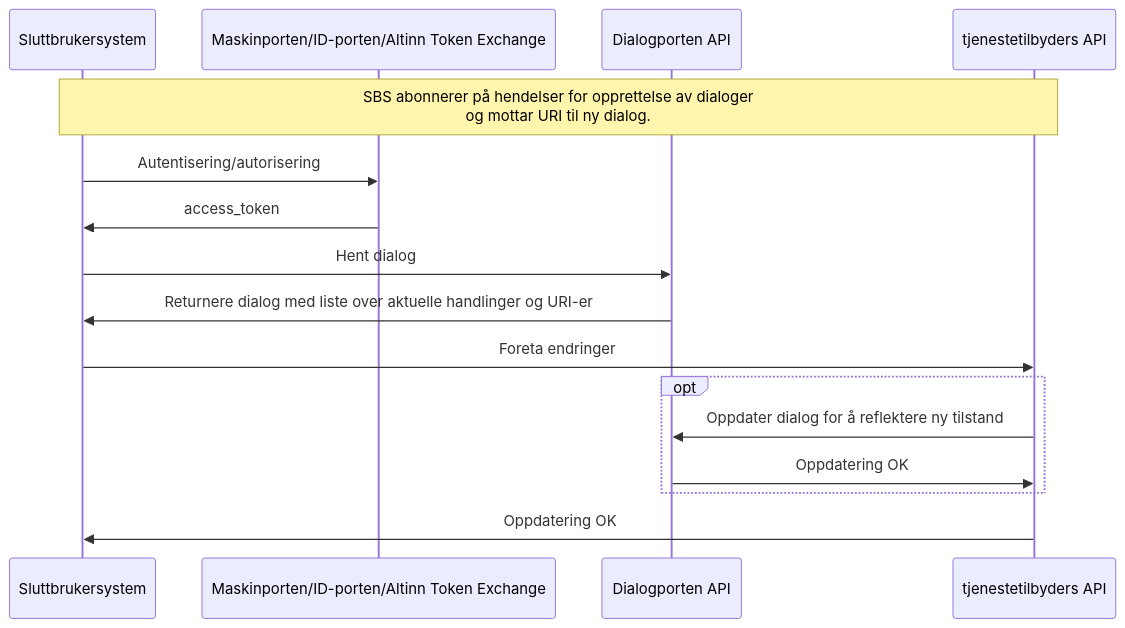
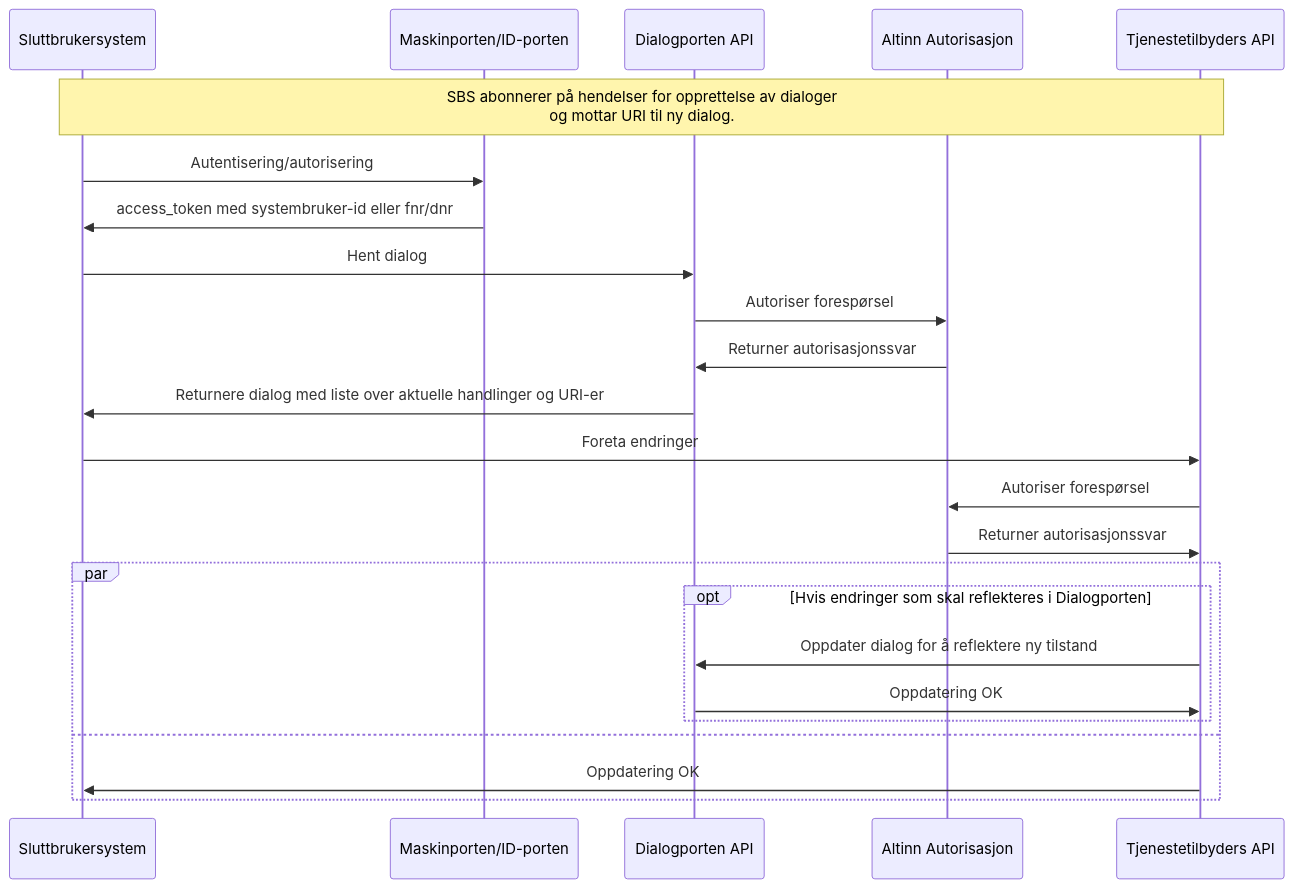
Before and after one commit to elsand/elsand.github.io: the fifth of 8 diagrams in dialogporten.md, drawn with Mermaid. The commit also changed other lines of this file and 11 other files, not shown here.

Commit message:
Remove dialog token, work variant C and D into authorization section

````diff
--- a/dialogporten.md
+++ b/dialogporten.md
@@ -373,18 +407,26 @@
 ```mermaid!
 sequenceDiagram
     participant SBS as Sluttbrukersystem
-    participant EID as Maskinporten/ID-porten/Altinn Token Exchange
+    participant EID as Maskinporten/ID-porten
     participant API as Dialogporten API
-    participant TEAPI as tjenestetilbyders API
+    participant AA as Altinn Autorisasjon
+    participant TEAPI as Tjenestetilbyders API
 note over SBS,TEAPI: SBS abonnerer på hendelser for opprettelse av dialoger<br>og mottar URI til ny dialog.
 SBS->>EID: Autentisering/autorisering
-EID->>SBS: access_token
+EID->>SBS: access_token med systembruker-id eller fnr/dnr
 SBS->>API: Hent dialog
+API->>AA: Autoriser forespørsel
+AA->>API: Returner autorisasjonssvar
 API->>SBS: Returnere dialog med liste over aktuelle handlinger og URI-er
 SBS->>TEAPI: Foreta endringer
-opt
-    TEAPI->>API: Oppdater dialog for å reflektere ny tilstand
-    API->>TEAPI: Oppdatering OK
+TEAPI->>AA: Autoriser forespørsel
+AA->>TEAPI: Returner autorisasjonssvar
+par
+    opt Hvis endringer som skal reflekteres i Dialogporten
+        TEAPI->>API: Oppdater dialog for å reflektere ny tilstand
+        API->>TEAPI: Oppdatering OK
+    end
+and
+    TEAPI->>SBS: Oppdatering OK
 end
-TEAPI->>SBS: Oppdatering OK
 ```
````
